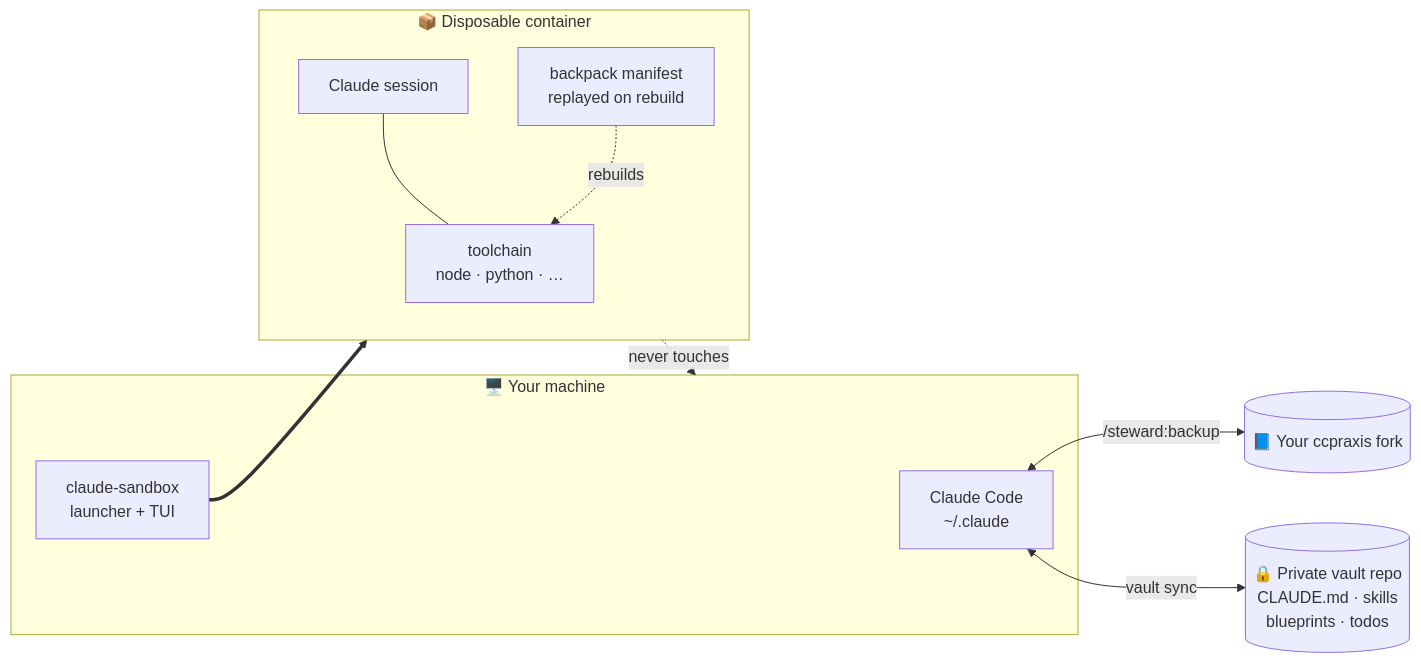
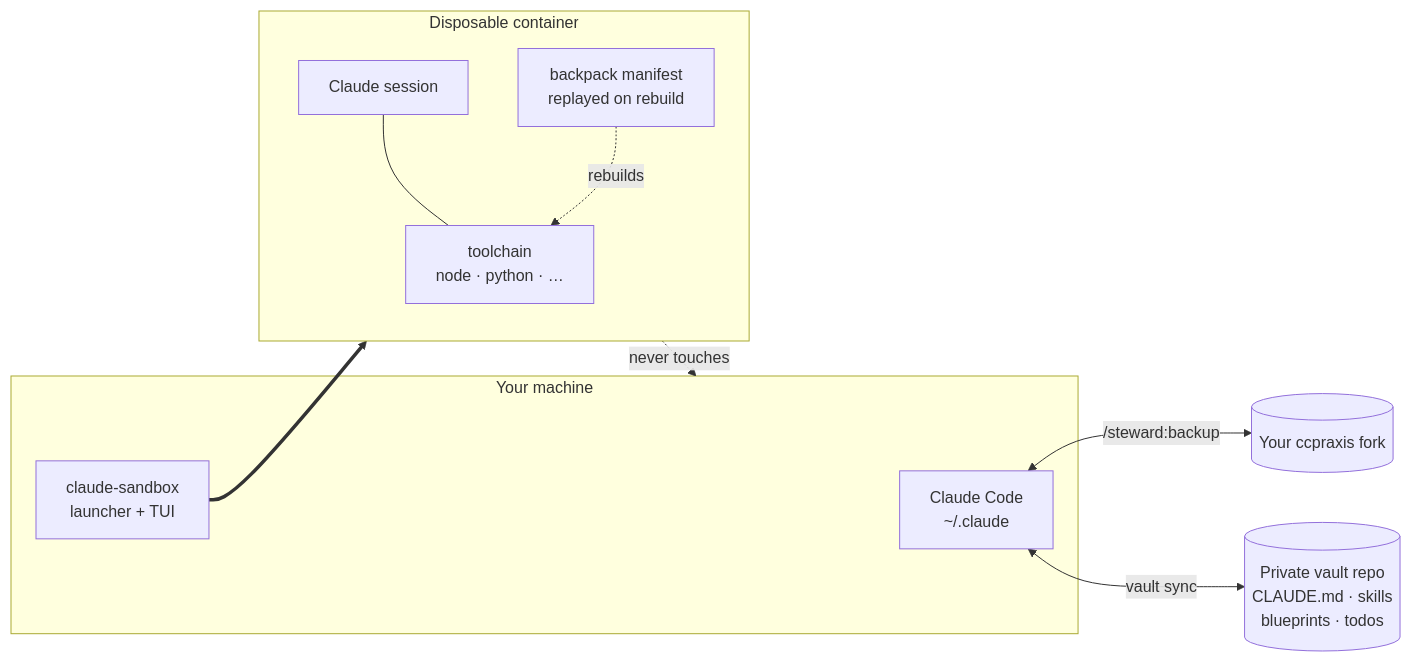
Before and after one commit to andrecarini/ccpraxis: the diagram in README.md, drawn with Mermaid. The commit also changed other lines of this file, not shown here.

````diff
--- a/README.md
+++ b/README.md
@@ -127,21 +105,21 @@
 ```mermaid
 flowchart LR
-  subgraph HOST["🖥️  Your machine"]
+  subgraph HOST["Your machine"]
     CC["Claude Code<br/>~/.claude"]
     LAUNCH["claude-sandbox<br/>launcher + TUI"]
   end
-  subgraph CTR["📦  Disposable container"]
+  subgraph CTR["Disposable container"]
     SESS["Claude session"]
     TOOLS["toolchain<br/>node · python · …"]
     BP["backpack manifest<br/>replayed on rebuild"]
   end
-  VAULT[("🔒  Private vault repo<br/>CLAUDE.md · skills<br/>blueprints · todos")]
-  REPO[("📘  Your ccpraxis fork")]
+  VAULT[("Private vault repo<br/>CLAUDE.md · skills<br/>blueprints · todos")]
+  REPO[("Your ccpraxis fork")]
 
   LAUNCH ==> CTR
   SESS --- TOOLS
   BP -.rebuilds.-> TOOLS
   CC <-->|/steward:backup| REPO
   CC <-->|vault sync| VAULT
   CTR -.->|never touches| HOST
 ```
````
